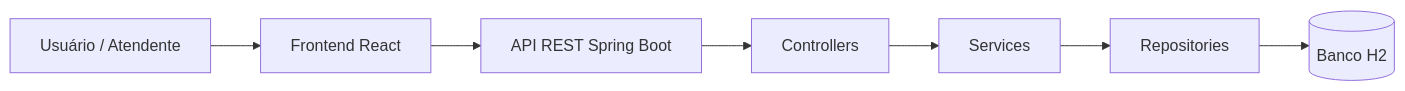
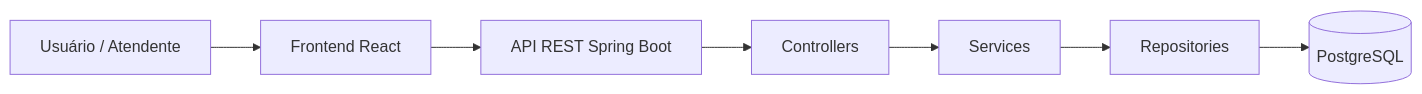
Before and after one commit to Je-Carlos/EngSoftEscalavel-PB: the first of 3 diagrams in docs/arquitetura.md, drawn with Mermaid. The commit also changed other lines of this file and 28 other files, not shown here.

Commit message:
feat: adiciona persistencia PostgreSQL e auditoria

````diff
--- a/docs/arquitetura.md
+++ b/docs/arquitetura.md
@@ -149,9 +149,9 @@
 ```mermaid
 flowchart LR
     Usuario[Usuário / Atendente] --> Frontend[Frontend React]
     Frontend --> API[API REST Spring Boot]
     API --> Controllers[Controllers]
     Controllers --> Services[Services]
     Services --> Repositories[Repositories]
-    Repositories --> DB[(Banco H2)]
+    Repositories --> DB[(PostgreSQL)]
 ```
````
